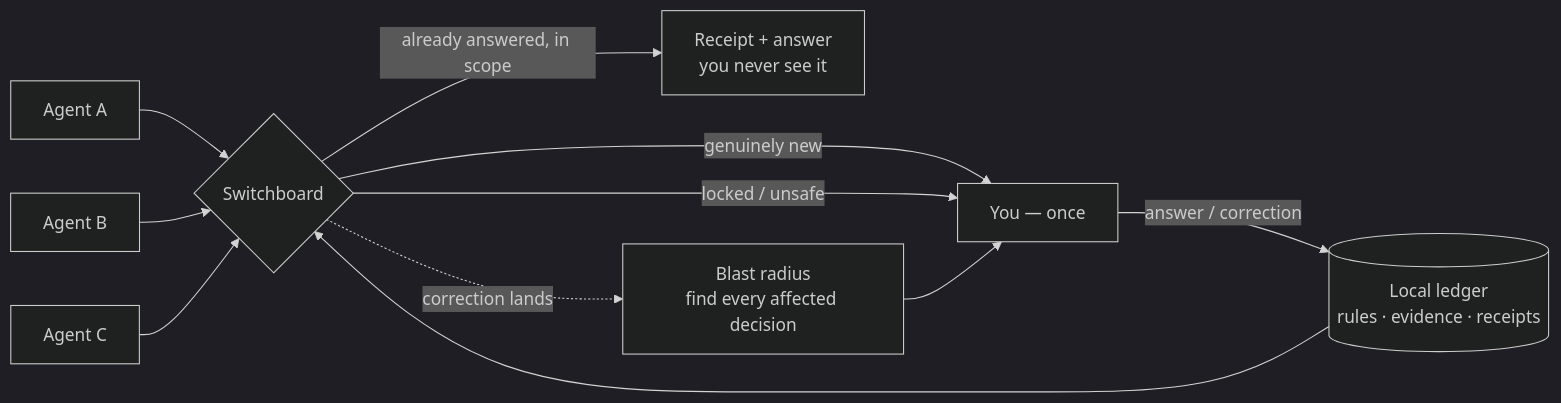
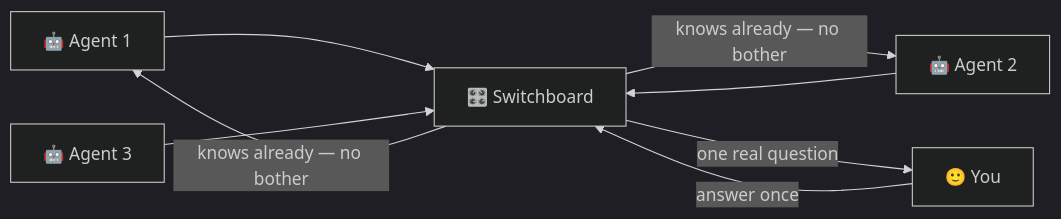
The second of 7 diagrams in README.md (KanishkNoir/SwitchBoard), drawn with Mermaid (dark theme) before and after one commit. The commit also changed other lines of this file, not shown here.

````diff
--- a/README.md
+++ b/README.md
@@ -18,14 +32,10 @@
 ```mermaid
 flowchart LR
-    A1[Agent A] --> S
-    A2[Agent B] --> S
-    A3[Agent C] --> S
-    S{Switchboard}
-    S -->|already answered, in scope| R[Receipt + answer<br/>you never see it]
-    S -->|genuinely new| H[You — once]
-    S -->|locked / unsafe| H
-    H -->|answer / correction| L[(Local ledger<br/>rules · evidence · receipts)]
-    L --> S
-    S -.->|correction lands| B[Blast radius<br/>find every affected decision]
-    B --> H
+    A[🤖 Agent 1] --> S
+    B[🤖 Agent 2] --> S
+    C[🤖 Agent 3] --> S
+    S[🎛️ Switchboard] -->|knows already — no bother| A
+    S -->|knows already — no bother| B
+    S -->|one real question| Y[🙂 You]
+    Y -->|answer once| S
 ```
````
